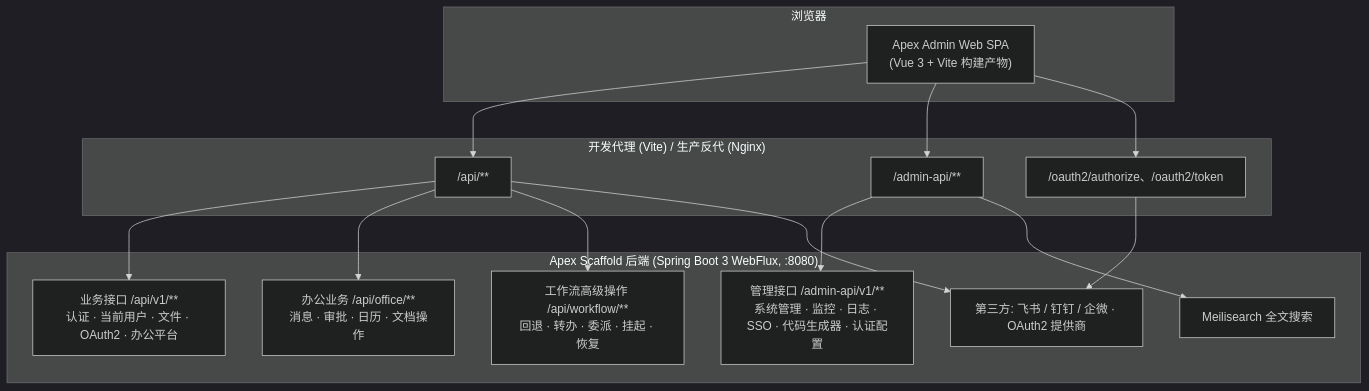
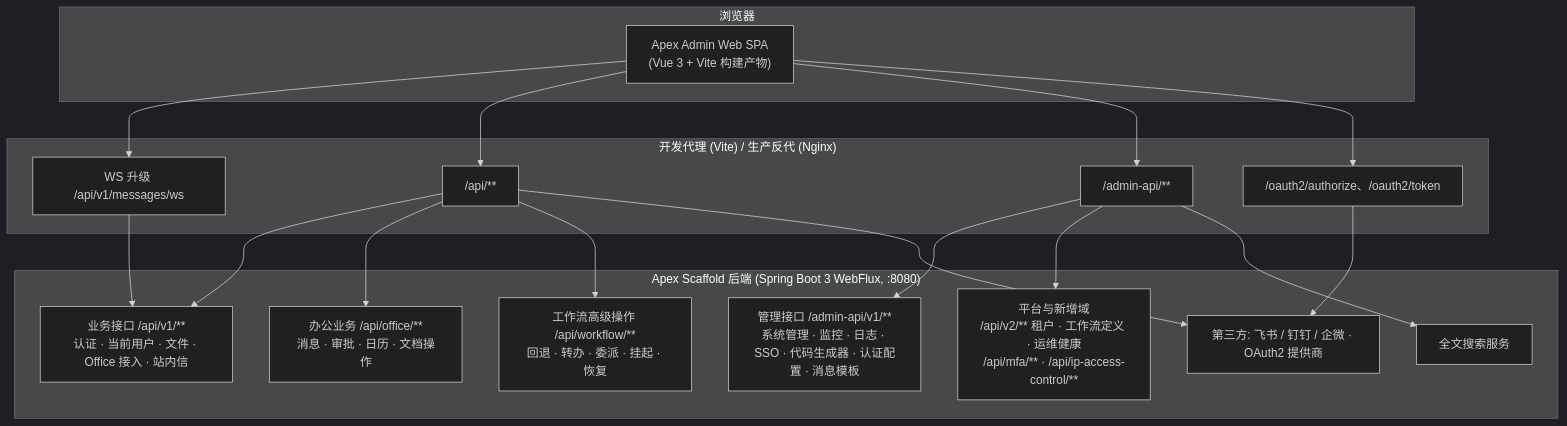
Before and after one commit to apex-cloud-service/apex-admin-web: the first of 4 diagrams in docs/architecture/overview.md, drawn with Mermaid (dark theme). The commit also changed other lines of this file and 39 other files, not shown here.

````diff
--- a/docs/architecture/overview.md
+++ b/docs/architecture/overview.md
@@ -27,26 +28,29 @@
 ```mermaid
 flowchart TB
     subgraph Browser["浏览器"]
         SPA["Apex Admin Web SPA<br/>(Vue 3 + Vite 构建产物)"]
     end
 
     subgraph Gateway["开发代理 (Vite) / 生产反代 (Nginx)"]
+        P0["WS 升级 /api/v1/messages/ws"]
         P1["/api/**"]
         P2["/admin-api/**"]
         P3["/oauth2/authorize、/oauth2/token"]
     end
 
     subgraph Backend["Apex Scaffold 后端 (Spring Boot 3 WebFlux, :8080)"]
-        B1["业务接口 /api/v1/**<br/>认证 · 当前用户 · 文件 · OAuth2 · 办公平台"]
-        B2["管理接口 /admin-api/v1/**<br/>系统管理 · 监控 · 日志 · SSO · 代码生成器 · 认证配置"]
+        B1["业务接口 /api/v1/**<br/>认证 · 当前用户 · 文件 · Office 接入 · 站内信"]
+        B2["管理接口 /admin-api/v1/**<br/>系统管理 · 监控 · 日志 · SSO · 代码生成器 · 认证配置 · 消息模板"]
         B3["办公业务 /api/office/**<br/>消息 · 审批 · 日历 · 文档操作"]
         B4["工作流高级操作 /api/workflow/**<br/>回退 · 转办 · 委派 · 挂起 · 恢复"]
-        B5["Meilisearch 全文搜索"]
-        B6["第三方: 飞书 / 钉钉 / 企微 · OAuth2 提供商"]
+        B5["平台与新增域<br/>/api/v2/** 租户 · 工作流定义 · 运维健康<br/>/api/mfa/** · /api/ip-access-control/**"]
+        B6["全文搜索服务"]
+        B7["第三方: 飞书 / 钉钉 / 企微 · OAuth2 提供商"]
     end
 
-    SPA --> P1 & P2 & P3
-    P1 --> B1 & B3 & B4 & B6
-    P2 --> B2 & B5
-    P3 --> B6
+    SPA --> P0 & P1 & P2 & P3
+    P0 --> B1
+    P1 --> B1 & B3 & B4 & B7
+    P2 --> B2 & B5 & B6
+    P3 --> B7
 ```
````
